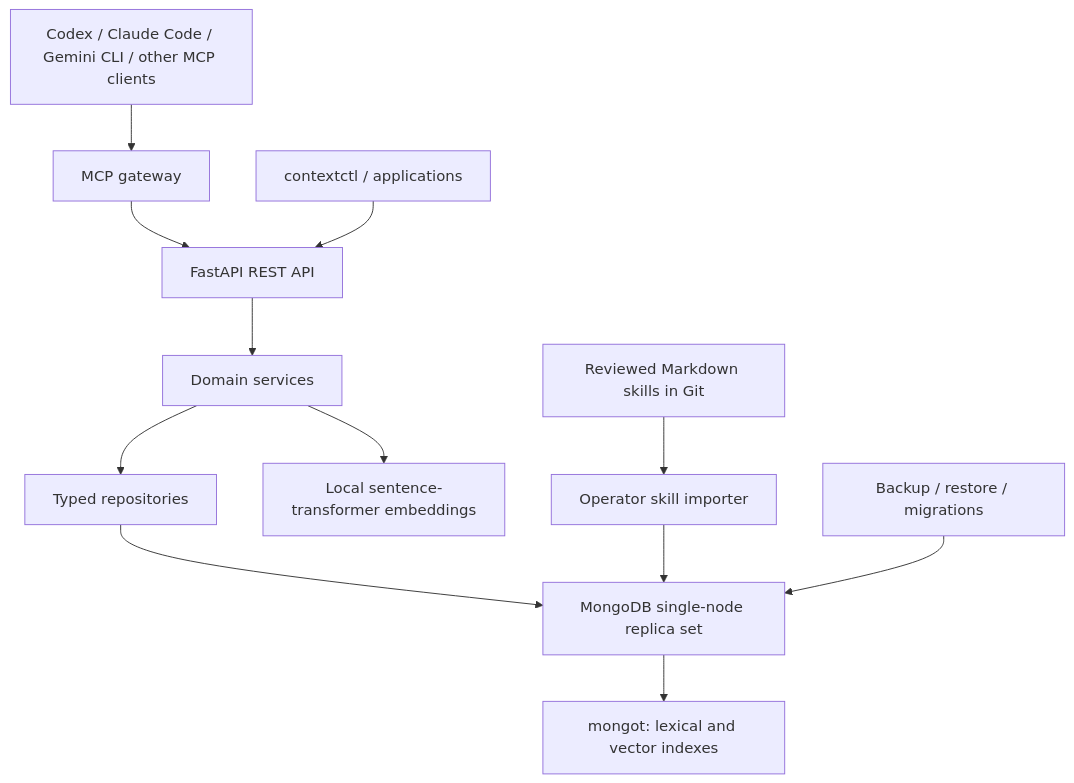
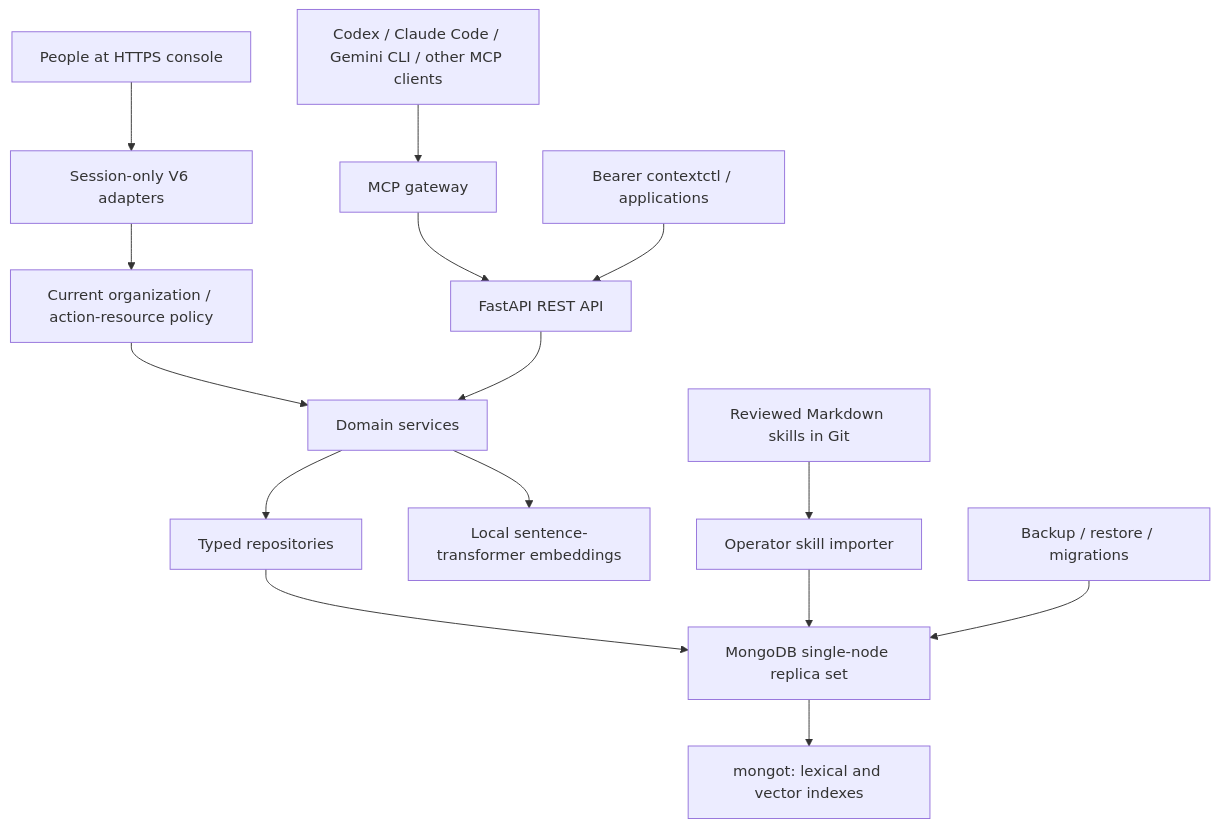
The diagram in docs/architecture.md (ArashMohtarami/agent-context-platform), drawn with Mermaid before and after one commit. The commit also changed other lines of this file and 44 other files, not shown here.

````diff
--- a/docs/architecture.md
+++ b/docs/architecture.md
@@ -7,14 +7,17 @@
 ```mermaid
 flowchart TD
     Agents[Codex / Claude Code / Gemini CLI / other MCP clients] --> MCP[MCP gateway]
     MCP --> API[FastAPI REST API]
-    CLI[contextctl / applications] --> API
+    Humans[People at HTTPS console] --> V6[Session-only V6 adapters]
+    V6 --> Policy[Current organization / action-resource policy]
+    Policy --> Services
+    CLI[Bearer contextctl / applications] --> API
     API --> Services[Domain services]
     Services --> Repositories[Typed repositories]
     Repositories --> MongoDB[MongoDB single-node replica set]
     MongoDB --> Search[mongot: lexical and vector indexes]
     Services --> Embeddings[Local sentence-transformer embeddings]
     Skills[Reviewed Markdown skills in Git] --> Import[Operator skill importer]
     Import --> MongoDB
     Operators[Backup / restore / migrations] --> MongoDB
 ```
````
